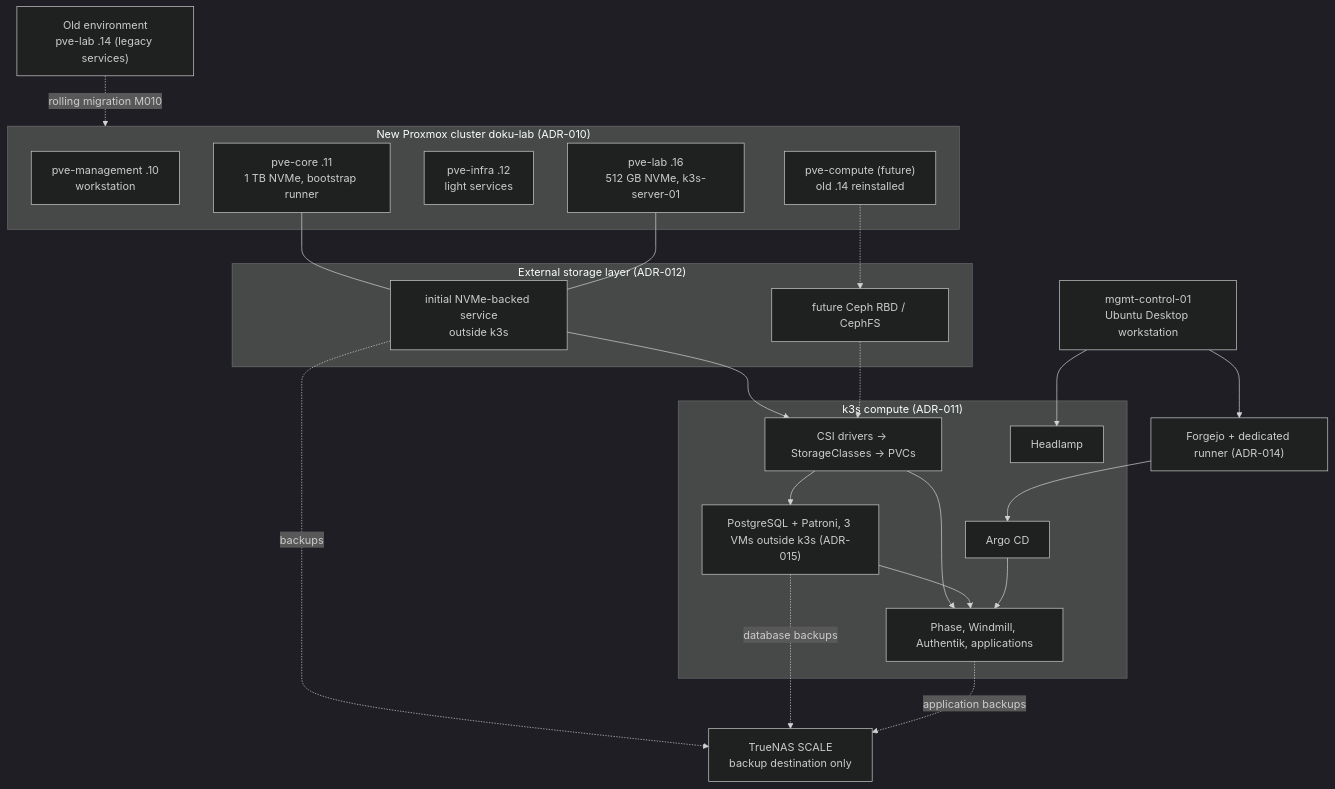
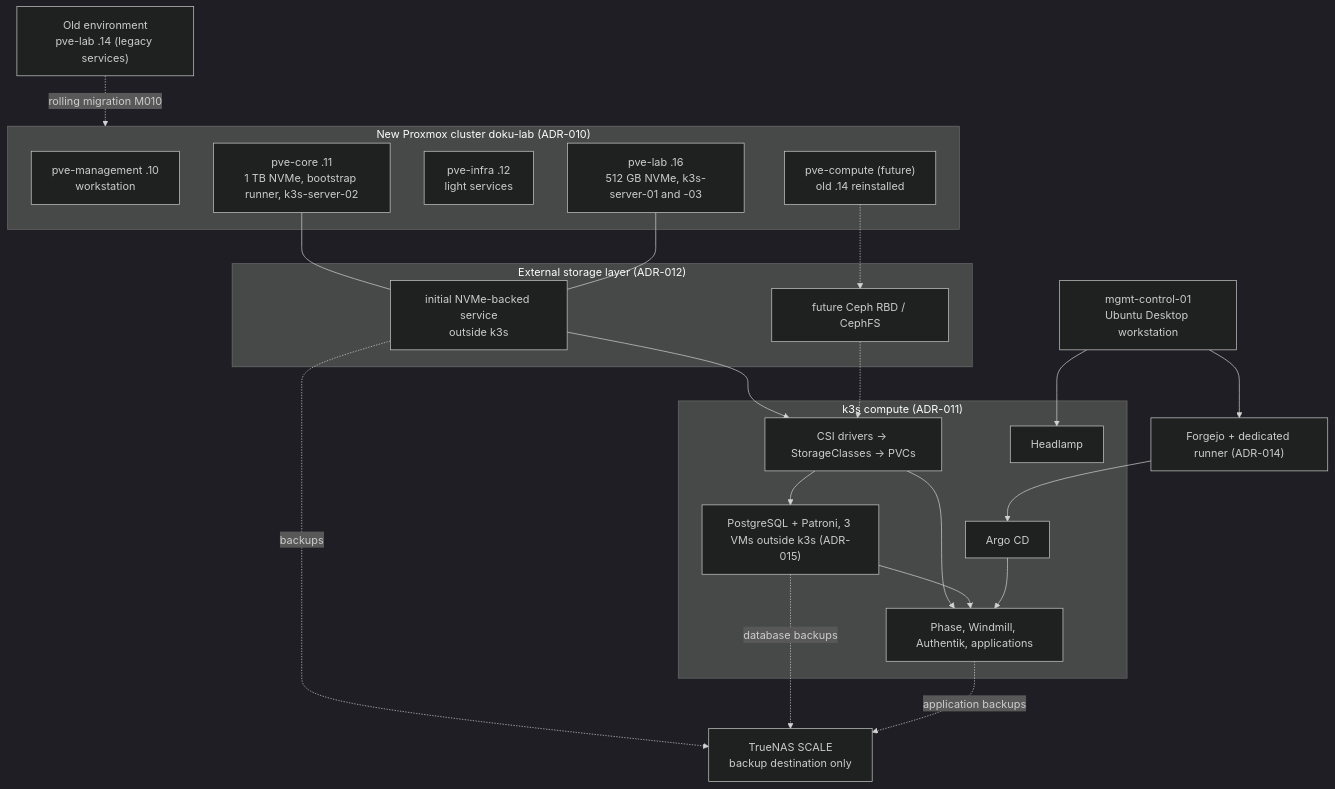
Before and after one commit to doku-code/homelab-iac: the diagram in docs/architecture/platform.md, drawn with Mermaid (dark theme). The commit also changed other lines of this file and 10 other files, not shown here.

Commit message:
feat(k3s): add servers on pve-core and pve-lab, run Traefik on every node (TASK-021)

````diff
--- a/docs/architecture/platform.md
+++ b/docs/architecture/platform.md
@@ -37,41 +37,41 @@
 ```mermaid
 flowchart TB
   subgraph phys["New Proxmox cluster doku-lab (ADR-010)"]
     pm["pve-management .10<br/>workstation"]
-    pc["pve-core .11<br/>1 TB NVMe, bootstrap runner"]
+    pc["pve-core .11<br/>1 TB NVMe, bootstrap runner, k3s-server-02"]
     pi["pve-infra .12<br/>light services"]
-    pl["pve-lab .16<br/>512 GB NVMe, k3s-server-01"]
+    pl["pve-lab .16<br/>512 GB NVMe, k3s-server-01 and -03"]
     px["pve-compute (future)<br/>old .14 reinstalled"]
   end
   old["Old environment<br/>pve-lab .14 (legacy services)"]
   subgraph store["External storage layer (ADR-012)"]
     s1["initial NVMe-backed service<br/>outside k3s"]
     ceph["future Ceph RBD / CephFS"]
   end
   subgraph k8s["k3s compute (ADR-011)"]
     csi["CSI drivers → StorageClasses → PVCs"]
     pg["PostgreSQL + Patroni, 3 VMs outside k3s (ADR-015)"]
     apps["Phase, Windmill, Authentik, applications"]
     argo["Argo CD"]
     hl["Headlamp"]
   end
   ws["mgmt-control-01<br/>Ubuntu Desktop workstation"]
   fj["Forgejo + dedicated runner (ADR-014)"]
   nas["TrueNAS SCALE<br/>backup destination only"]
   pc --- s1
   pl --- s1
   old -. rolling migration M010 .-> phys
   px -.-> ceph
   s1 --> csi
   ceph -.-> csi
   csi --> pg
   csi --> apps
   pg --> apps
   fj --> argo
   argo --> apps
   ws --> fj
   ws --> hl
   s1 -. backups .-> nas
   pg -. database backups .-> nas
   apps -. application backups .-> nas
 ```
````
